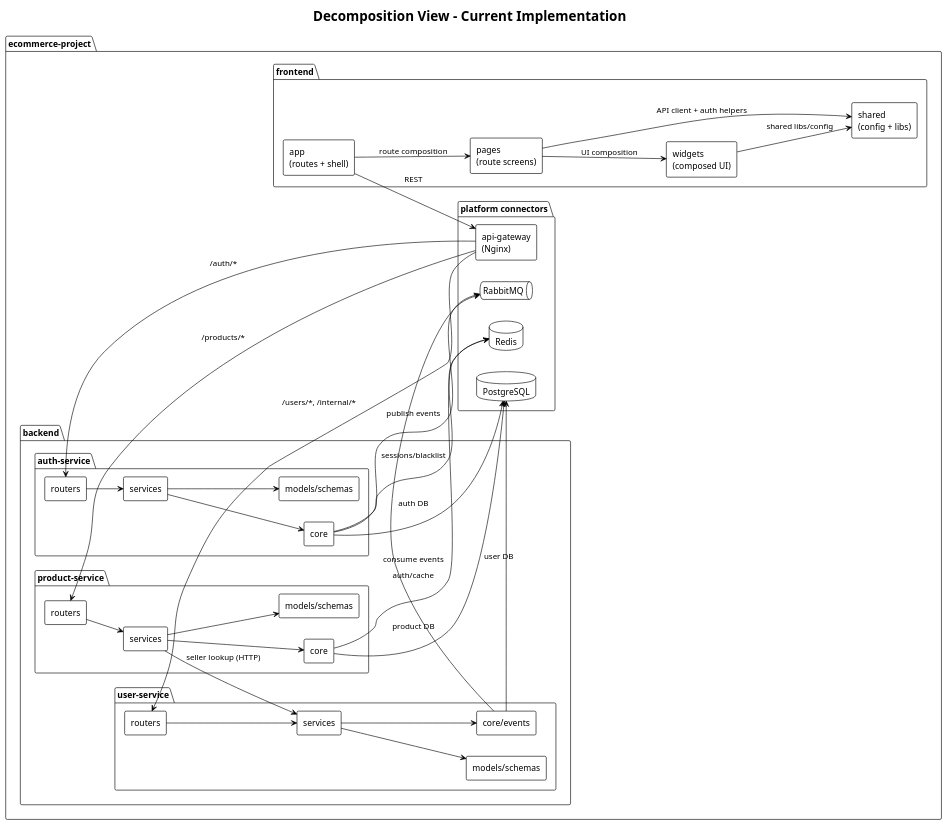
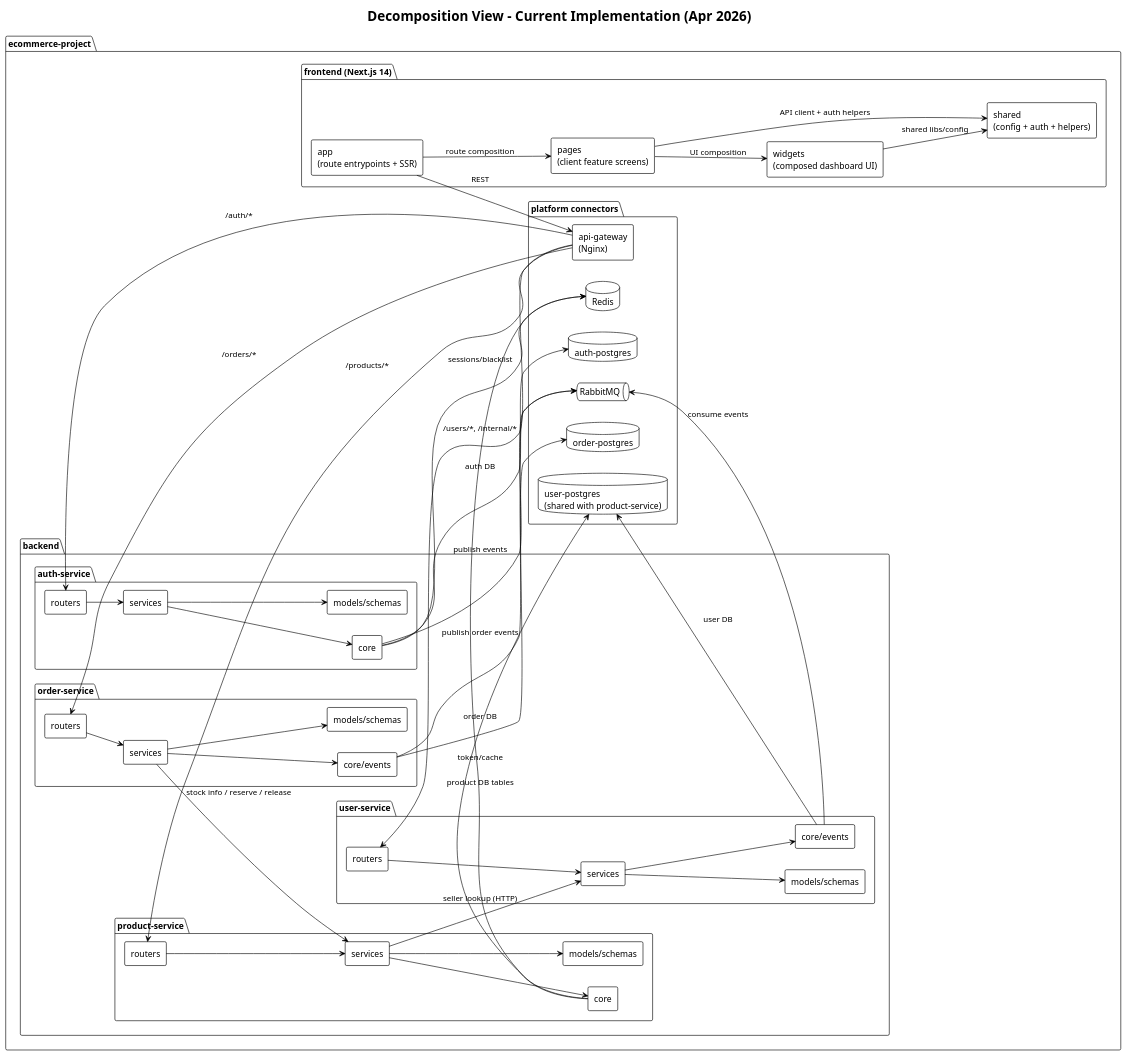
One commit to jpastor1649/ecommerce-project changed the diagram in docs/architecture/Decomposition_Current.puml. Above: the diagram before and after it, drawn with PlantUML. The commit also changed 11 other files, not shown here.

Commit message:
updated docs with diagrams

```diff
--- a/docs/architecture/Decomposition_Current.puml
+++ b/docs/architecture/Decomposition_Current.puml
@@ -1,81 +1,99 @@
 @startuml
 !theme plain
 skinparam componentStyle rectangle
 skinparam shadowing false
 left to right direction
 
-title Decomposition View - Current Implementation
+title Decomposition View - Current Implementation (Apr 2026)
 
 package "ecommerce-project" {
-  package "frontend" {
-    component "app\n(routes + shell)" as FEApp
-    component "pages\n(route screens)" as FEPages
-    component "widgets\n(composed UI)" as FEWidgets
-    component "shared\n(config + libs)" as FEShared
+  package "frontend (Next.js 14)" {
+    component "app\n(route entrypoints + SSR)" as FEApp
+    component "pages\n(client feature screens)" as FEPages
+    component "widgets\n(composed dashboard UI)" as FEWidgets
+    component "shared\n(config + auth + helpers)" as FEShared
 
     FEApp --> FEPages : route composition
     FEPages --> FEWidgets : UI composition
     FEWidgets --> FEShared : shared libs/config
     FEPages --> FEShared : API client + auth helpers
   }
 
   package "backend" {
     package "auth-service" {
       component "routers" as AuthRouters
       component "services" as AuthServices
       component "models/schemas" as AuthDomain
       component "core" as AuthCore
 
       AuthRouters --> AuthServices
       AuthServices --> AuthDomain
       AuthServices --> AuthCore
     }
 
     package "user-service" {
       component "routers" as UserRouters
       component "services" as UserServices
       component "models/schemas" as UserDomain
       component "core/events" as UserCore
 
       UserRouters --> UserServices
       UserServices --> UserDomain
       UserServices --> UserCore
     }
 
     package "product-service" {
       component "routers" as ProductRouters
       component "services" as ProductServices
       component "models/schemas" as ProductDomain
       component "core" as ProductCore
 
       ProductRouters --> ProductServices
       ProductServices --> ProductDomain
       ProductServices --> ProductCore
     }
+
+    package "order-service" {
+      component "routers" as OrderRouters
+      component "services" as OrderServices
+      component "models/schemas" as OrderDomain
+      component "core/events" as OrderCore
+
+      OrderRouters --> OrderServices
+      OrderServices --> OrderDomain
+      OrderServices --> OrderCore
+    }
   }
 
   package "platform connectors" {
     component "api-gateway\n(Nginx)" as Gateway
-    database "PostgreSQL" as Pg
+    database "auth-postgres" as AuthPg
+    database "user-postgres\n(shared with product-service)" as UserPg
+    database "order-postgres" as OrderPg
     database "Redis" as Redis
     queue "RabbitMQ" as MQ
   }
 }
 
 FEApp --> Gateway : REST
 Gateway --> AuthRouters : /auth/*
 Gateway --> UserRouters : /users/*, /internal/*
 Gateway --> ProductRouters : /products/*
+Gateway --> OrderRouters : /orders/*
 
-AuthCore --> Pg : auth DB
+AuthCore --> AuthPg : auth DB
 AuthCore --> Redis : sessions/blacklist
 AuthCore --> MQ : publish events
 
-UserCore --> Pg : user DB
+UserCore --> UserPg : user DB
 UserCore --> MQ : consume events
 
-ProductCore --> Pg : product DB
-ProductCore --> Redis : auth/cache
+ProductCore --> UserPg : product DB tables
+ProductCore --> Redis : token/cache
 ProductServices --> UserServices : seller lookup (HTTP)
 
+OrderCore --> OrderPg : order DB
+OrderCore --> MQ : publish order events
+OrderServices --> ProductServices : stock info / reserve / release
+
 @enduml
```
